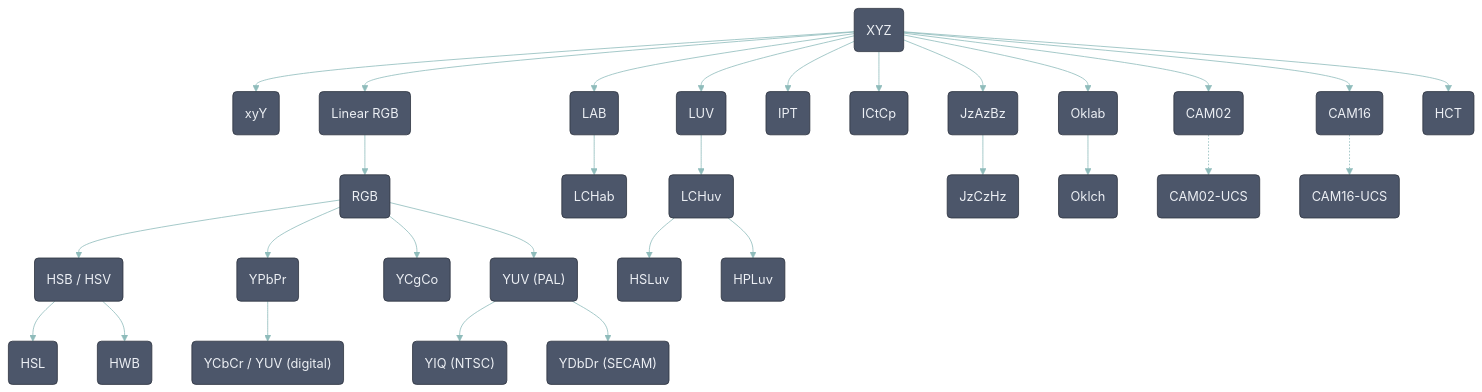
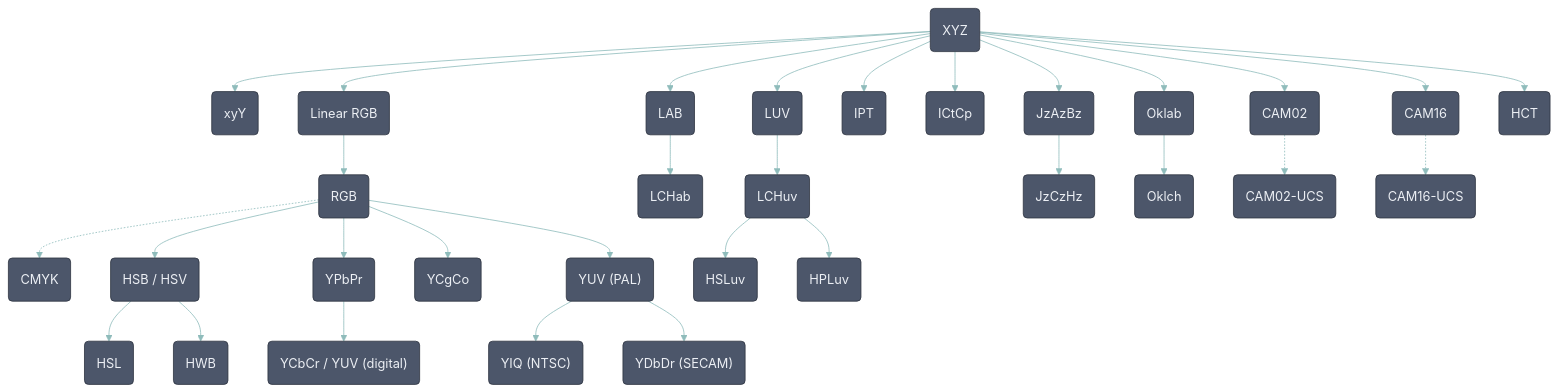
The diagram in README.md (waacton/Unicolour), drawn with Mermaid before and after one commit. The commit also changed other lines of this file and 24 other files, not shown here.

````diff
--- a/README.md
+++ b/README.md
@@ -160,77 +175,79 @@
 ```mermaid
 %%{
   init: {
   "theme": "base",
   "themeVariables": {
     "primaryColor": "#4C566A",
     "primaryTextColor": "#ECEFF4",
     "primaryBorderColor": "#2E3440",
     "lineColor": "#8FBCBB",
     "secondaryColor": "#404046",
     "tertiaryColor": "#404046"
     }
   }
 }%%
 
 flowchart TD
   XYY(xyY)
   RGBLIN(Linear RGB)
   RGB(RGB)
   HSB(HSB / HSV)
   HSL(HSL)
   HWB(HWB)
+  CMYK(CMYK)
   XYZ(XYZ)
   LAB(LAB)
   LCHAB(LCHab)
   LUV(LUV)
   LCHUV(LCHuv)
   HSLUV(HSLuv)
   HPLUV(HPLuv)
   YPBPR(YPbPr)
   YCBCR("YCbCr / YUV (digital)")
   YCGCO("YCgCo")
   YUV("YUV (PAL)")
   YIQ("YIQ (NTSC)")
   YDBDR("YDbDr (SECAM)")
   IPT(IPT)
   ICTCP(ICtCp)
   JZAZBZ(JzAzBz)
   JZCZHZ(JzCzHz)
   OKLAB(Oklab)
   OKLCH(Oklch)
   CAM02(CAM02)
   CAM02UCS(CAM02-UCS)
   CAM16(CAM16)
   CAM16UCS(CAM16-UCS)
   HCT(HCT)
 
   XYZ --> XYY
   XYZ --> RGBLIN
   RGBLIN --> RGB
+  RGB -.-> CMYK
   RGB --> HSB
   HSB --> HSL
   HSB --> HWB
   XYZ --> LAB
   LAB --> LCHAB
   XYZ --> LUV
   LUV --> LCHUV
   LCHUV --> HSLUV
   LCHUV --> HPLUV
   RGB --> YPBPR
   YPBPR --> YCBCR
   RGB --> YCGCO
   RGB --> YUV
   YUV --> YIQ
   YUV --> YDBDR
   XYZ --> IPT
   XYZ --> ICTCP
   XYZ --> JZAZBZ
   JZAZBZ --> JZCZHZ
   XYZ --> OKLAB
   OKLAB --> OKLCH
   XYZ --> CAM02
   CAM02 -.-> CAM02UCS
   XYZ --> CAM16
   CAM16 -.-> CAM16UCS
   XYZ --> HCT
 ```
````
